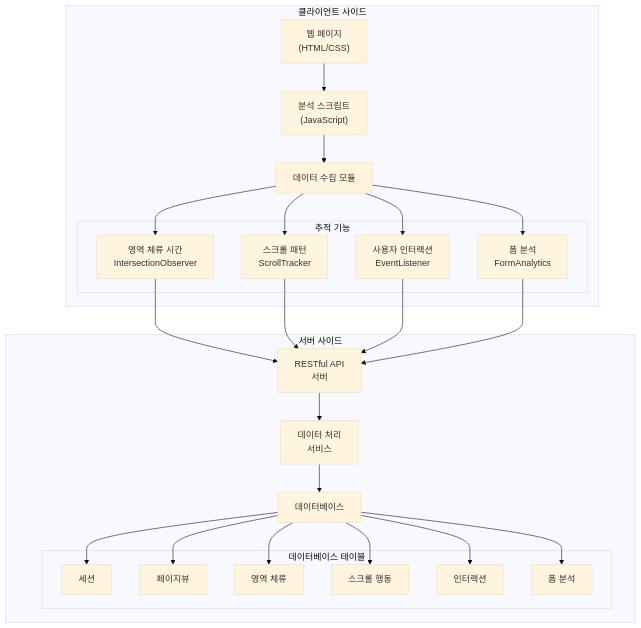
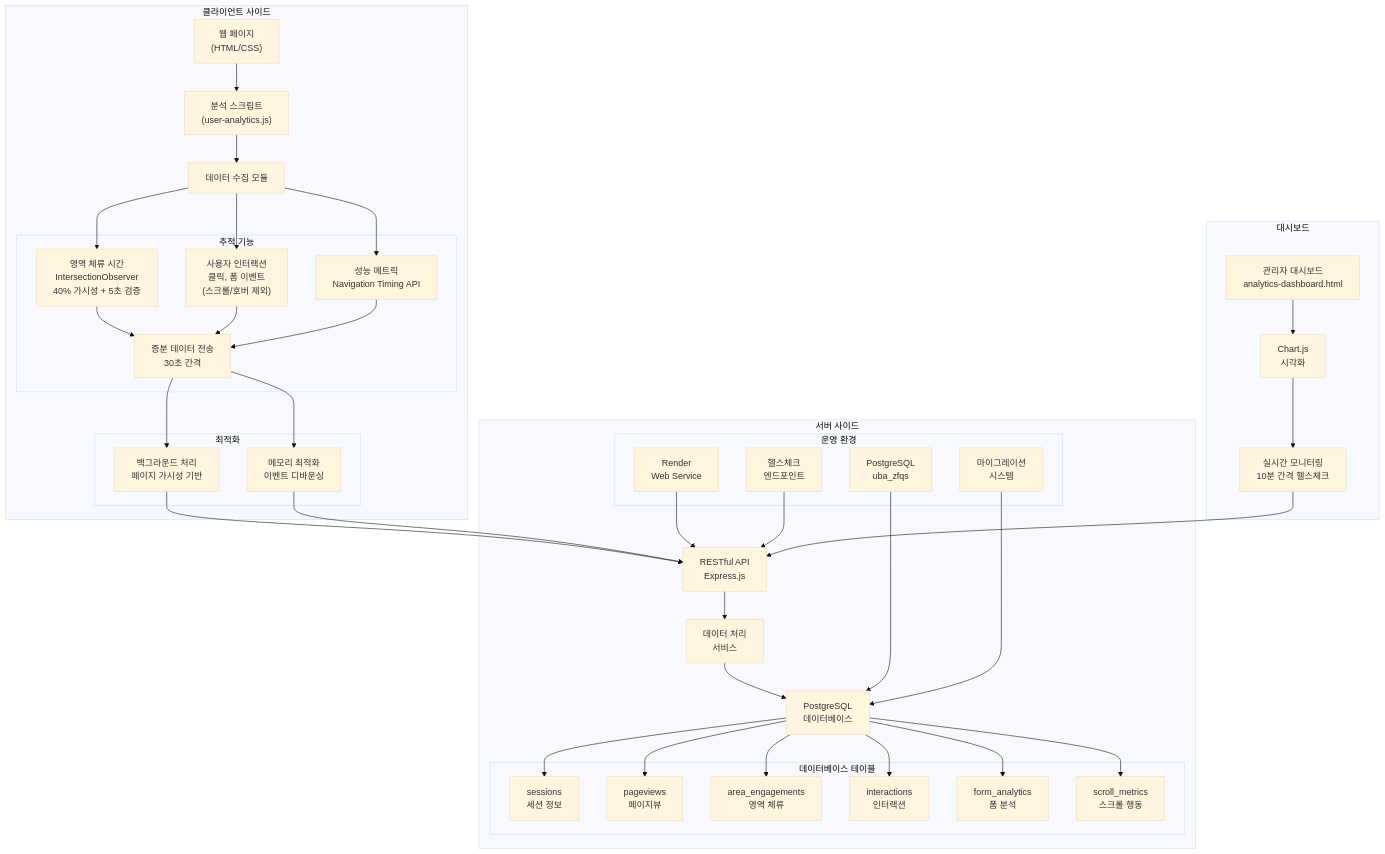
The diagram in docs/architecture.mmd (whwnddml/user-behavior-analytics), drawn with Mermaid (base theme) before and after one commit. The commit also changed 4 other files, not shown here.

```diff
--- a/docs/architecture.mmd
+++ b/docs/architecture.mmd
@@ -1,36 +1,63 @@
 graph TB
     subgraph "클라이언트 사이드"
         A["웹 페이지<br/>(HTML/CSS)"]
-        B["분석 스크립트<br/>(JavaScript)"]
+        B["분석 스크립트<br/>(user-analytics.js)"]
         C["데이터 수집 모듈"]
         
         subgraph "추적 기능"
-            D["영역 체류 시간<br/>IntersectionObserver"]
-            E["스크롤 패턴<br/>ScrollTracker"]
-            F["사용자 인터랙션<br/>EventListener"]
-            G["폼 분석<br/>FormAnalytics"]
+            D["영역 체류 시간<br/>IntersectionObserver<br/>40% 가시성 + 5초 검증"]
+            E["사용자 인터랙션<br/>클릭, 폼 이벤트<br/>(스크롤/호버 제외)"]
+            F["성능 메트릭<br/>Navigation Timing API"]
+            G["증분 데이터 전송<br/>30초 간격"]
+        end
+        
+        subgraph "최적화"
+            H["백그라운드 처리<br/>페이지 가시성 기반"]
+            I["메모리 최적화<br/>이벤트 디바운싱"]
         end
     end
 
     subgraph "서버 사이드"
-        H["RESTful API<br/>서버"]
-        I["데이터 처리<br/>서비스"]
-        J["데이터베이스"]
+        J["RESTful API<br/>Express.js"]
+        K["데이터 처리<br/>서비스"]
+        L["PostgreSQL<br/>데이터베이스"]
         
         subgraph "데이터베이스 테이블"
-            K["세션"]
-            L["페이지뷰"]
-            M["영역 체류"]
-            N["스크롤 행동"]
-            O["인터랙션"]
-            P["폼 분석"]
+            M["sessions<br/>세션 정보"]
+            N["pageviews<br/>페이지뷰"]
+            O["area_engagements<br/>영역 체류"]
+            P["interactions<br/>인터랙션"]
+            Q["form_analytics<br/>폼 분석"]
+            R["scroll_metrics<br/>스크롤 행동"]
         end
+        
+        subgraph "운영 환경"
+            S["Render<br/>Web Service"]
+            T["PostgreSQL<br/>uba_zfqs"]
+            U["마이그레이션<br/>시스템"]
+            V["헬스체크<br/>엔드포인트"]
+        end
+    end
+
+    subgraph "대시보드"
+        W["관리자 대시보드<br/>analytics-dashboard.html"]
+        X["Chart.js<br/>시각화"]
+        Y["실시간 모니터링<br/>10분 간격 헬스체크"]
     end
 
     A --> B
     B --> C
-    C --> D & E & F & G
-    D & E & F & G --> H
-    H --> I
-    I --> J
-    J --> K & L & M & N & O & P 
+    C --> D & E & F
+    D & E & F --> G
+    G --> H & I
+    H & I --> J
+    J --> K
+    K --> L
+    L --> M & N & O & P & Q & R
+    S --> J
+    T --> L
+    U --> L
+    V --> J
+    W --> X
+    X --> Y
+    Y --> J 
```
